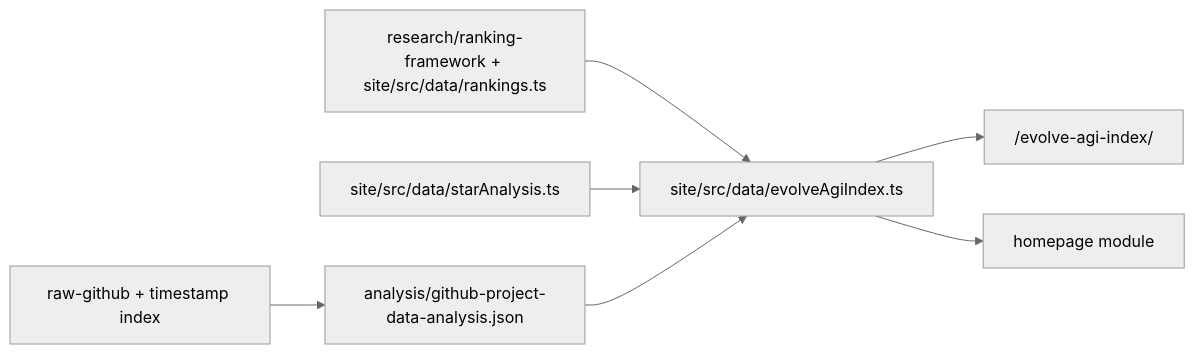
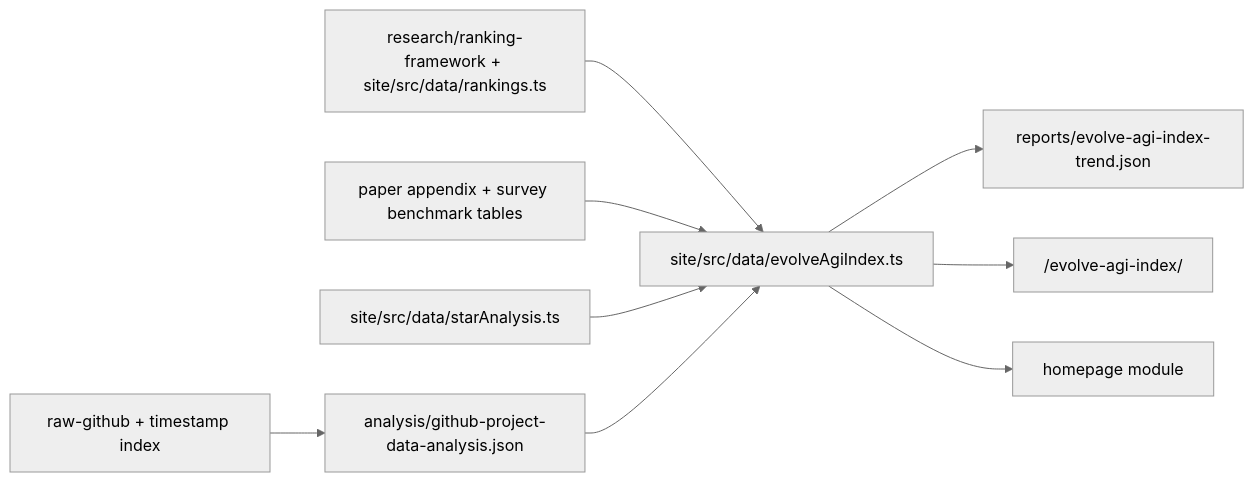
Before and after one commit to Shiyao-Huang/awesome-agent-evolution: the diagram in analysis/evolve-agi-index.md, drawn with Mermaid (neutral theme). The commit also changed other lines of this file and 10 other files, not shown here.

Commit message:
site: add benchmark trend tracking to evolve agi index

````diff
--- a/analysis/evolve-agi-index.md
+++ b/analysis/evolve-agi-index.md
@@ -57,9 +102,11 @@
 ```mermaid
 flowchart LR
   RAW["raw-github + timestamp index"] --> GITHUB["analysis/github-project-data-analysis.json"]
   RANK["research/ranking-framework + site/src/data/rankings.ts"] --> EAI["site/src/data/evolveAgiIndex.ts"]
+  BENCH["paper appendix + survey benchmark tables"] --> EAI
   STAR["site/src/data/starAnalysis.ts"] --> EAI
   GITHUB --> EAI
+  EAI --> TREND["reports/evolve-agi-index-trend.json"]
   EAI --> PAGE["/evolve-agi-index/"]
   EAI --> HOME["homepage module"]
 ```
````
